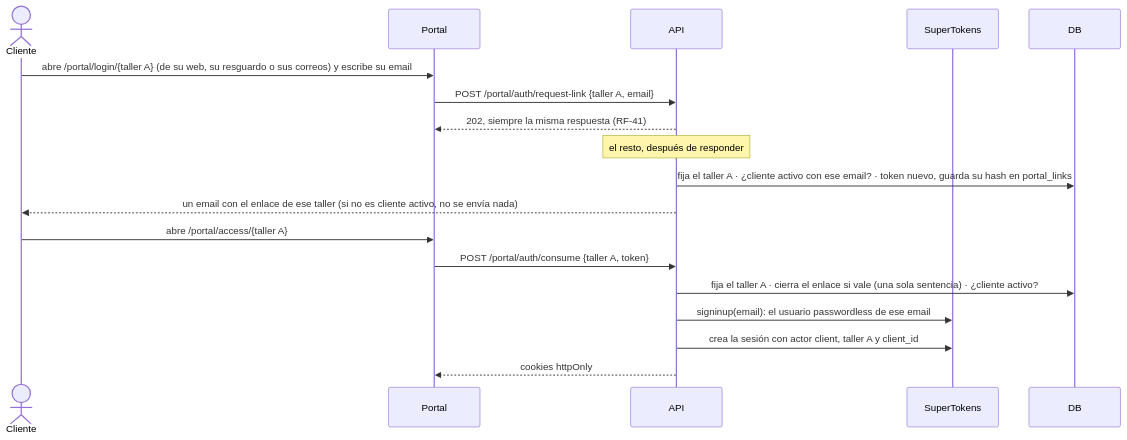
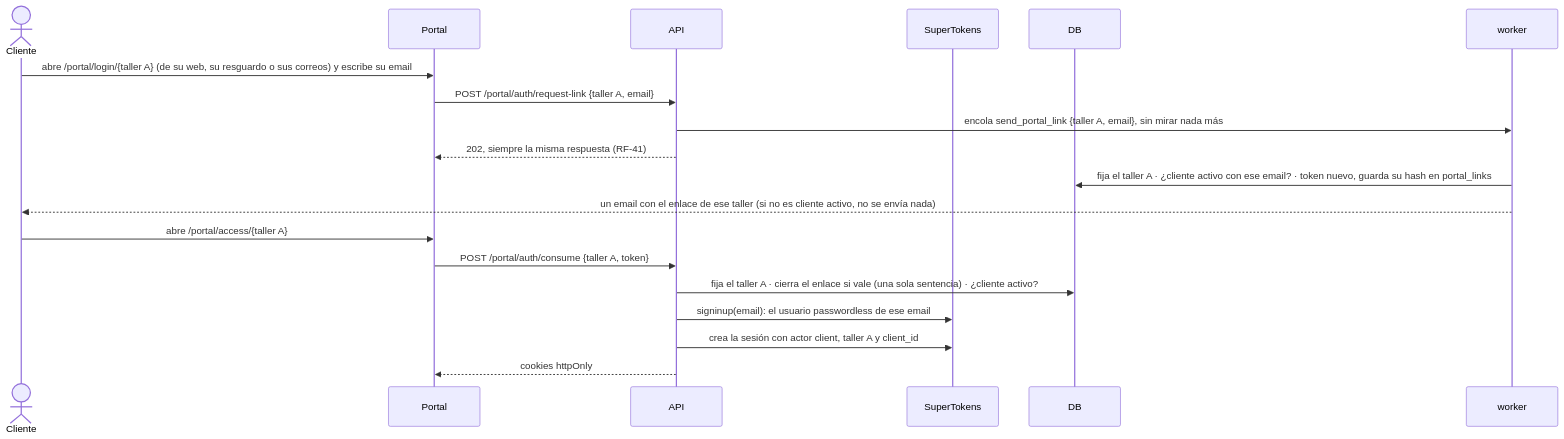
Before and after one commit to iMiguel10/axtton-core: the fifth of 6 diagrams in docs/arquitectura/index.md, drawn with Mermaid. The commit also changed other lines of this file and 19 other files, not shown here.

````diff
--- a/docs/arquitectura/index.md
+++ b/docs/arquitectura/index.md
@@ -596,21 +596,22 @@
 ```mermaid
 sequenceDiagram
     actor Cl as Cliente
     participant PO as Portal
     participant API
     participant ST as SuperTokens
     participant DB
+    participant WK as worker
 
     Cl->>PO: abre /portal/login/{taller A} (de su web, su resguardo o sus correos) y escribe su email
     PO->>API: POST /portal/auth/request-link {taller A, email}
+    API->>WK: encola send_portal_link {taller A, email}, sin mirar nada más
     API-->>PO: 202, siempre la misma respuesta (RF-41)
-    Note over API: el resto, después de responder
-    API->>DB: fija el taller A · ¿cliente activo con ese email? · token nuevo, guarda su hash en portal_links
-    API-->>Cl: un email con el enlace de ese taller (si no es cliente activo, no se envía nada)
+    WK->>DB: fija el taller A · ¿cliente activo con ese email? · token nuevo, guarda su hash en portal_links
+    WK-->>Cl: un email con el enlace de ese taller (si no es cliente activo, no se envía nada)
     Cl->>PO: abre /portal/access/{taller A}#token y pulsa "Entrar"
     PO->>API: POST /portal/auth/consume {taller A, token}
     API->>DB: fija el taller A · cierra el enlace si vale (una sola sentencia) · ¿cliente activo?
     API->>ST: signinup(email): el usuario passwordless de ese email
     API->>ST: crea la sesión con actor client, taller A y client_id
     API-->>PO: cookies httpOnly
 ```
````
